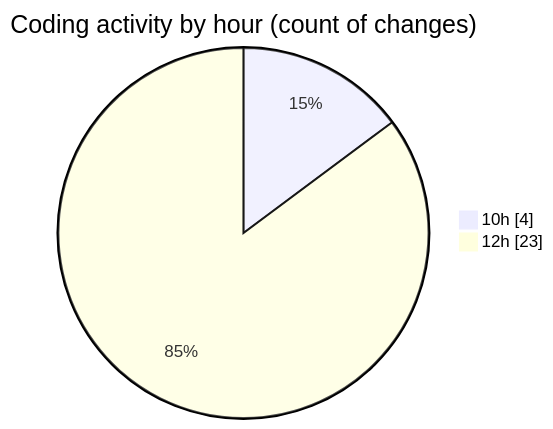
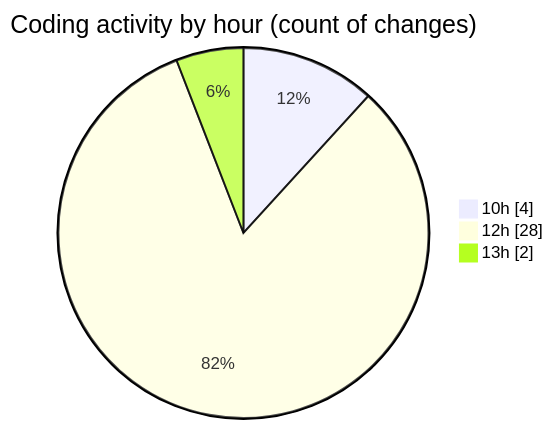
Before and after one commit to nxtqubesakshisongat/code-tracking: the second of 2 diagrams in 2025-05-22/nxtqube_webapp/README.md, drawn with Mermaid. The commit also changed other lines of this file and 1 other file, not shown here.

````diff
--- a/2025-05-22/nxtqube_webapp/README.md
+++ b/2025-05-22/nxtqube_webapp/README.md
@@ -30,6 +30,7 @@
 ```mermaid
 pie showData
 title Coding activity by hour (count of changes)
 "10h" : 4
-"12h" : 23
+"12h" : 28
+"13h" : 2
 ```
````
